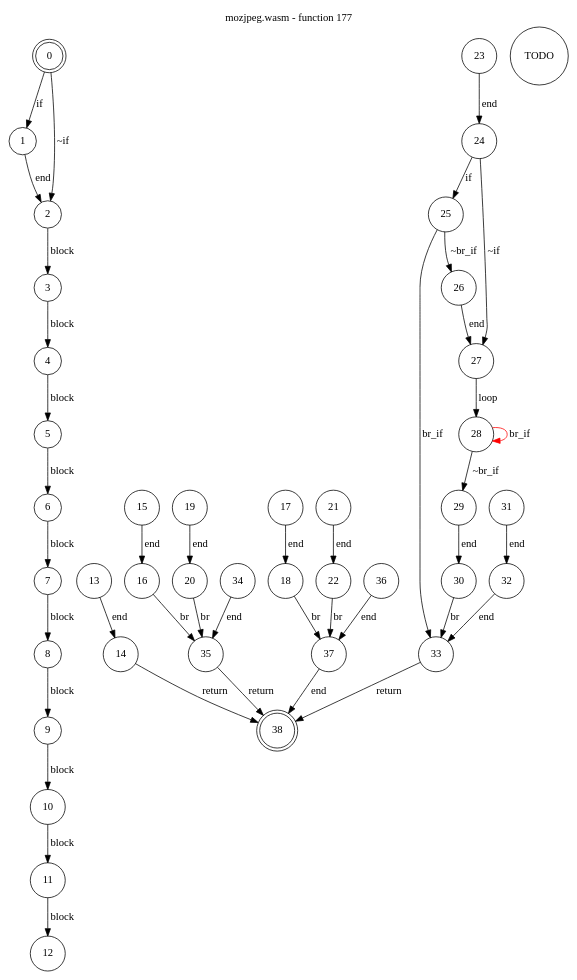
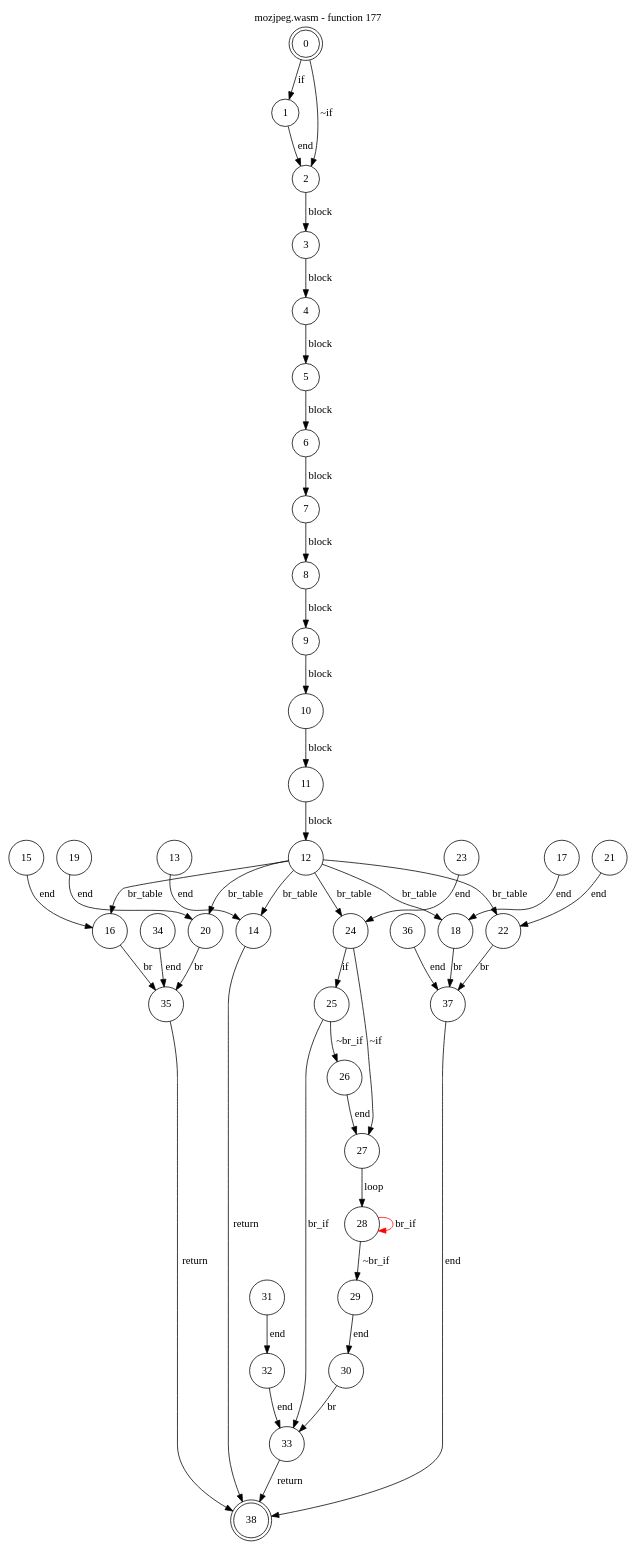
The diagram in test_cases/mozjpeg/funcs/mozjpeg-func177.dot (jsCarleton/wanalyze), drawn with Graphviz before and after one commit. The commit also changed 723 other files, not shown here.

Commit message:
br_table now implemented for flow graph

```diff
--- a/test_cases/mozjpeg/funcs/mozjpeg-func177.dot
+++ b/test_cases/mozjpeg/funcs/mozjpeg-func177.dot
@@ -1,51 +1,56 @@
 digraph finite_state_machine {
     label = "mozjpeg.wasm - function 177"
     labelloc =  t
     labelfontsize = 16
     labelfontcolor = black
     labelfontname = "Helvetica"
     node [shape = doublecircle]; 0 38;
     node [shape = circle];
     0 -> 1[label = "if"];
     0 -> 2[label = "~if"];
     1 -> 2[label = "end"];
     2 -> 3[label = "block"];
     3 -> 4[label = "block"];
     4 -> 5[label = "block"];
     5 -> 6[label = "block"];
     6 -> 7[label = "block"];
     7 -> 8[label = "block"];
     8 -> 9[label = "block"];
     9 -> 10[label = "block"];
     10 -> 11[label = "block"];
     11 -> 12[label = "block"];
-TODO
+    12 -> 22[label = "br_table"];
+    12 -> 20[label = "br_table"];
+    12 -> 18[label = "br_table"];
+    12 -> 16[label = "br_table"];
+    12 -> 14[label = "br_table"];
+    12 -> 24[label = "br_table"];
     13 -> 14[label = "end"];
     14 -> 38[label = "return"];
     15 -> 16[label = "end"];
     16 -> 35[label = "br"];
     17 -> 18[label = "end"];
     18 -> 37[label = "br"];
     19 -> 20[label = "end"];
     20 -> 35[label = "br"];
     21 -> 22[label = "end"];
     22 -> 37[label = "br"];
     23 -> 24[label = "end"];
     24 -> 25[label = "if"];
     24 -> 27[label = "~if"];
     25 -> 26[label = "~br_if"];
     25 -> 33[label = "br_if"];
     26 -> 27[label = "end"];
     27 -> 28[label = "loop"];
     28 -> 29[label = "~br_if"];
     28 -> 28[color="red" label = "br_if"];
     29 -> 30[label = "end"];
     30 -> 33[label = "br"];
     31 -> 32[label = "end"];
     32 -> 33[label = "end"];
     33 -> 38[label = "return"];
     34 -> 35[label = "end"];
     35 -> 38[label = "return"];
     36 -> 37[label = "end"];
     37 -> 38[label = "end"];
 }
```
